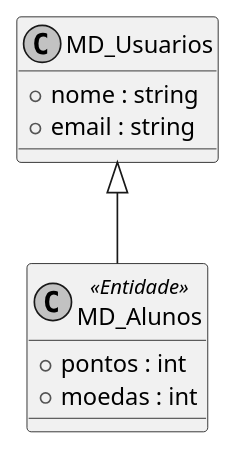
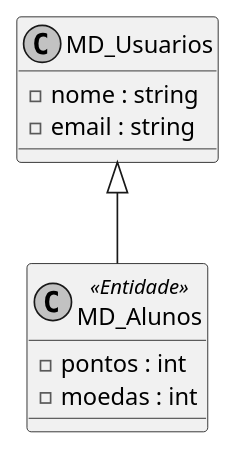
One commit to MayconDIS/PIM_III-Documentacao_UML changed the diagram in 03_Artefatos_Gerados/UC02_Classe.puml. Above: the diagram before and after it, drawn with PlantUML. The commit also changed 28 other files, not shown here.

Commit message:
refactor(uml): converte atributos para private (-) garantindo encapsulamento POO

```diff
--- a/03_Artefatos_Gerados/UC02_Classe.puml
+++ b/03_Artefatos_Gerados/UC02_Classe.puml
@@ -1,12 +1,12 @@
 @startuml
 skinparam monochrome true
 class MD_Usuarios {
-    +nome : string
-    +email : string
+    -nome : string
+    -email : string
 }
 class MD_Alunos <<Entidade>> {
-    +pontos : int
-    +moedas : int
+    -pontos : int
+    -moedas : int
 }
 MD_Usuarios <|-- MD_Alunos
 @enduml
```
